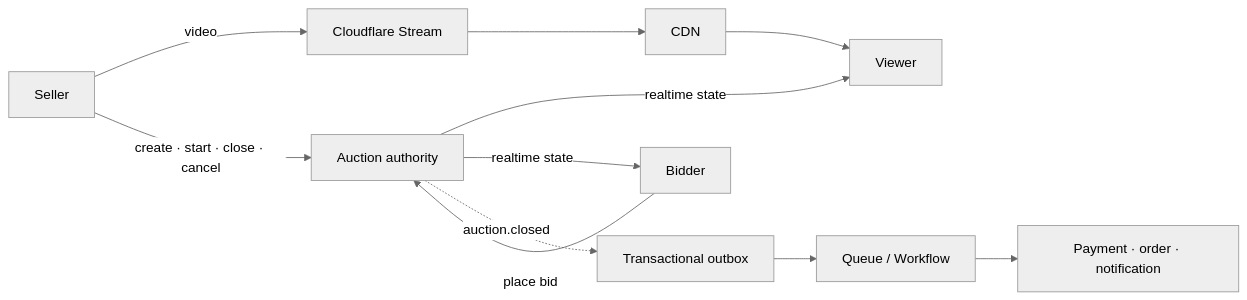
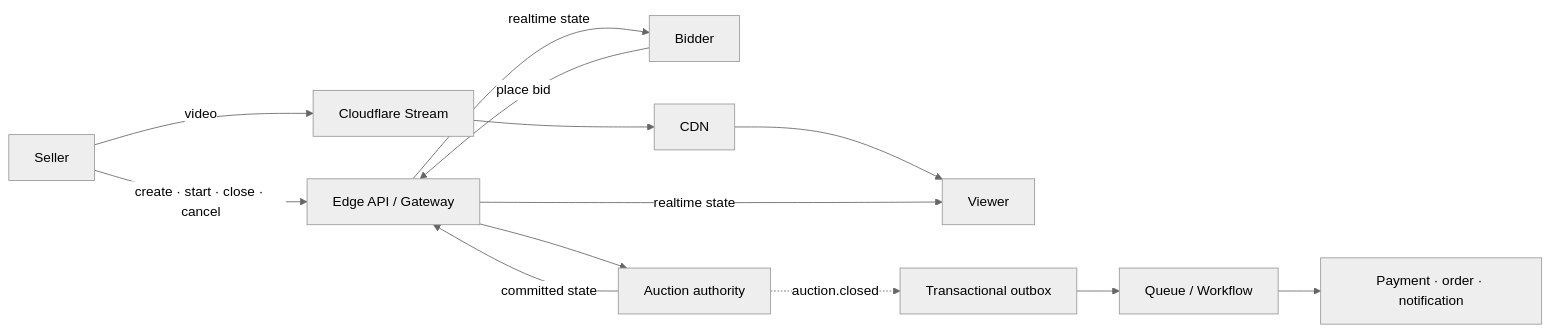
The fifth of 12 diagrams in SYSTEM_DESIGN.md (aranlucas/live-auction), drawn with Mermaid (neutral theme) before and after one commit. The commit also changed other lines of this file, not shown here.

Commit message:
docs: label the edge API gateway boundary

````diff
--- a/SYSTEM_DESIGN.md
+++ b/SYSTEM_DESIGN.md
@@ -253,19 +255,22 @@
 ```mermaid
 flowchart LR
     Seller[Seller]
     Bidder[Bidder]
     Viewer[Viewer]
     Stream[Cloudflare Stream]
     CDN[CDN]
+    Gateway[Edge API / Gateway]
     Auction[Auction authority]
     Outbox[Transactional outbox]
     Workflow[Queue / Workflow]
     Settlement[Payment · order · notification]
 
     Seller -->|video| Stream --> CDN --> Viewer
-    Seller -->|"create · start · close · cancel"| Auction
-    Bidder -->|place bid| Auction
-    Auction -->|realtime state| Viewer
-    Auction -->|realtime state| Bidder
+    Seller -->|"create · start · close · cancel"| Gateway
+    Bidder -->|place bid| Gateway
+    Gateway --> Auction
+    Auction -->|committed state| Gateway
+    Gateway -->|realtime state| Viewer
+    Gateway -->|realtime state| Bidder
     Auction -.->|auction.closed| Outbox --> Workflow --> Settlement
 ```
````
